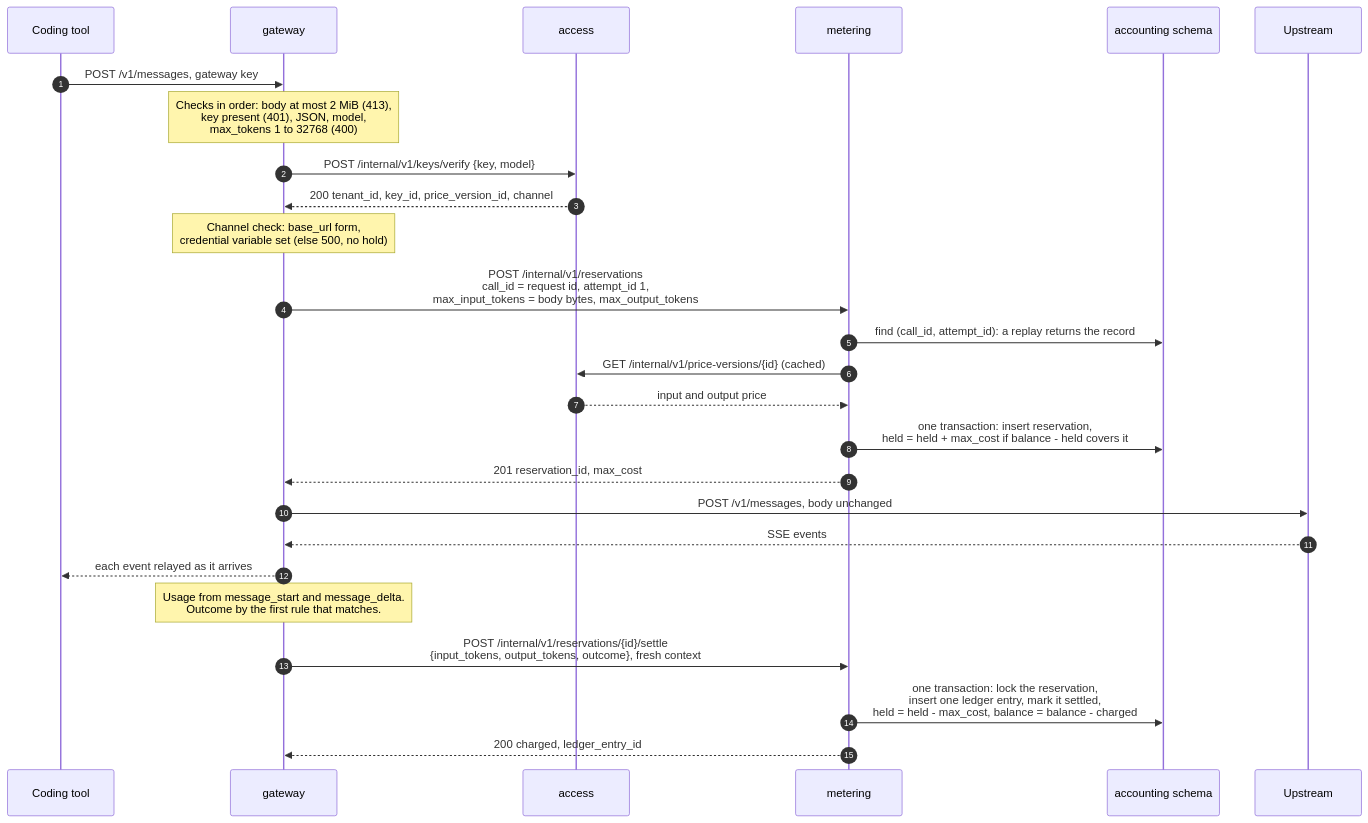
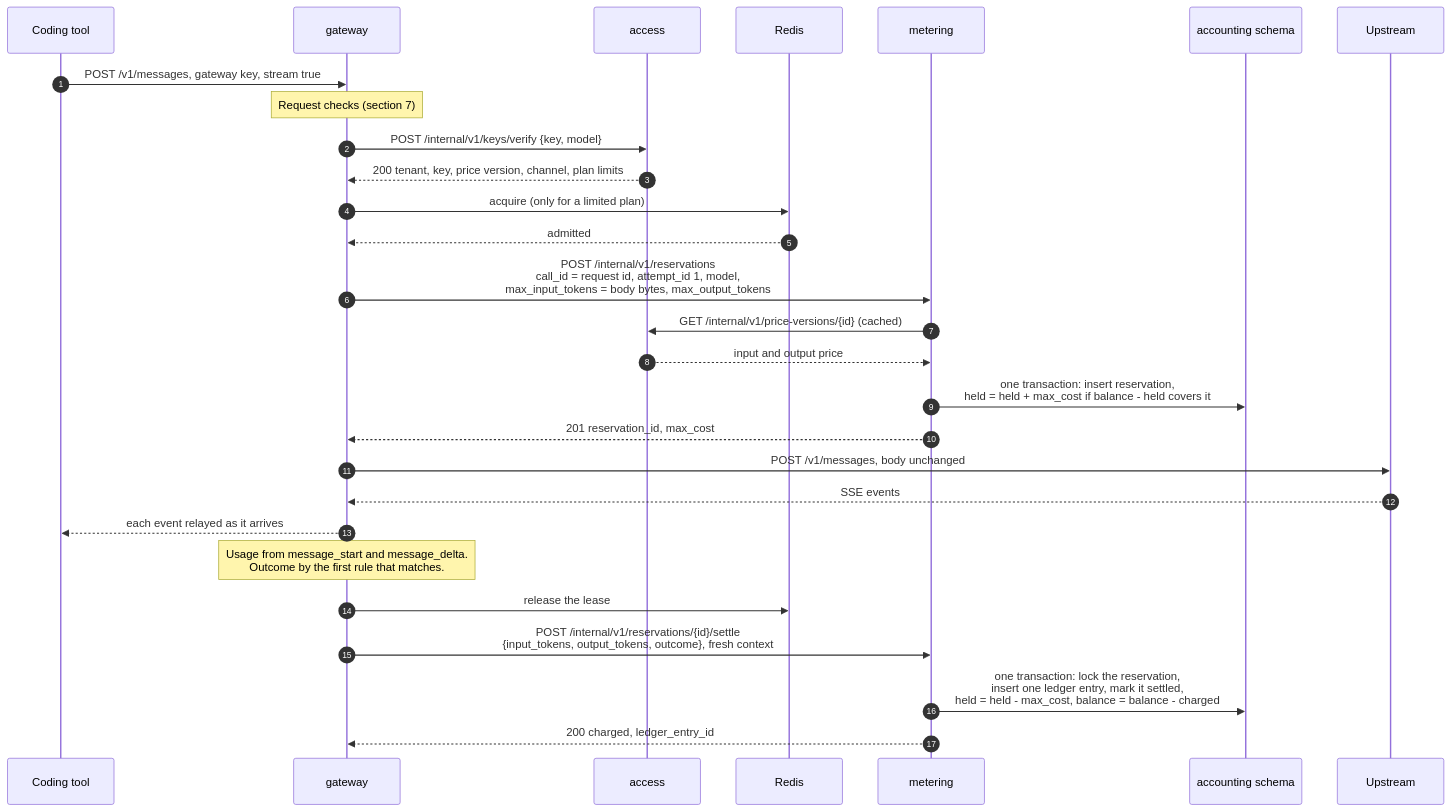
The tenth of 14 diagrams in docs/diagrams/as-built.md (bibi45c/gateflow), drawn with Mermaid before and after one commit. The commit also changed other lines of this file, not shown here.

````diff
--- a/docs/diagrams/as-built.md
+++ b/docs/diagrams/as-built.md
@@ -550,29 +822,31 @@
 ```mermaid
 sequenceDiagram
   autonumber
   participant T as Coding tool
   participant G as gateway
   participant A as access
+  participant R as Redis
   participant M as metering
   participant DB as accounting schema
   participant U as Upstream
 
-  T->>G: POST /v1/messages, gateway key
-  Note over G: Checks in order: body at most 2 MiB (413),<br/>key present (401), JSON, model,<br/>max_tokens 1 to 32768 (400)
+  T->>G: POST /v1/messages, gateway key, stream true
+  Note over G: Request checks (section 7)
   G->>A: POST /internal/v1/keys/verify {key, model}
-  A-->>G: 200 tenant_id, key_id, price_version_id, channel
-  Note over G: Channel check: base_url form,<br/>credential variable set (else 500, no hold)
-  G->>M: POST /internal/v1/reservations<br/>call_id = request id, attempt_id 1,<br/>max_input_tokens = body bytes, max_output_tokens
-  M->>DB: find (call_id, attempt_id): a replay returns the record
+  A-->>G: 200 tenant, key, price version, channel, plan limits
+  G->>R: acquire (only for a limited plan)
+  R-->>G: admitted
+  G->>M: POST /internal/v1/reservations<br/>call_id = request id, attempt_id 1, model,<br/>max_input_tokens = body bytes, max_output_tokens
   M->>A: GET /internal/v1/price-versions/{id} (cached)
   A-->>M: input and output price
   M->>DB: one transaction: insert reservation,<br/>held = held + max_cost if balance - held covers it
   M-->>G: 201 reservation_id, max_cost
   G->>U: POST /v1/messages, body unchanged
   U-->>G: SSE events
   G-->>T: each event relayed as it arrives
   Note over G: Usage from message_start and message_delta.<br/>Outcome by the first rule that matches.
+  G->>R: release the lease
   G->>M: POST /internal/v1/reservations/{id}/settle<br/>{input_tokens, output_tokens, outcome}, fresh context
   M->>DB: one transaction: lock the reservation,<br/>insert one ledger entry, mark it settled,<br/>held = held - max_cost, balance = balance - charged
   M-->>G: 200 charged, ledger_entry_id
 ```
````
